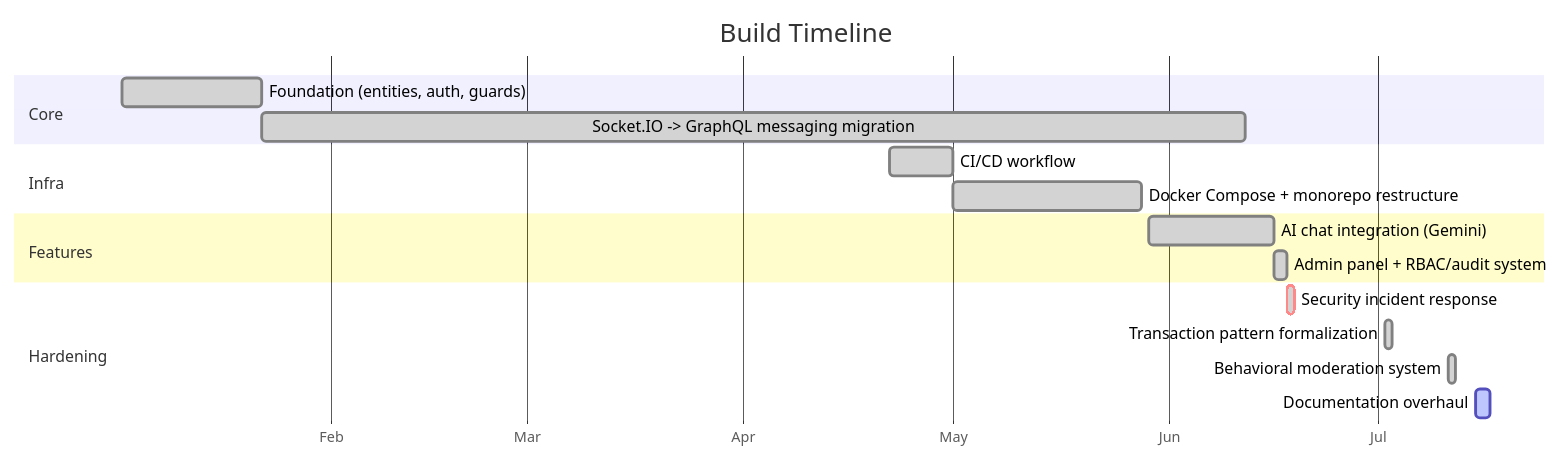
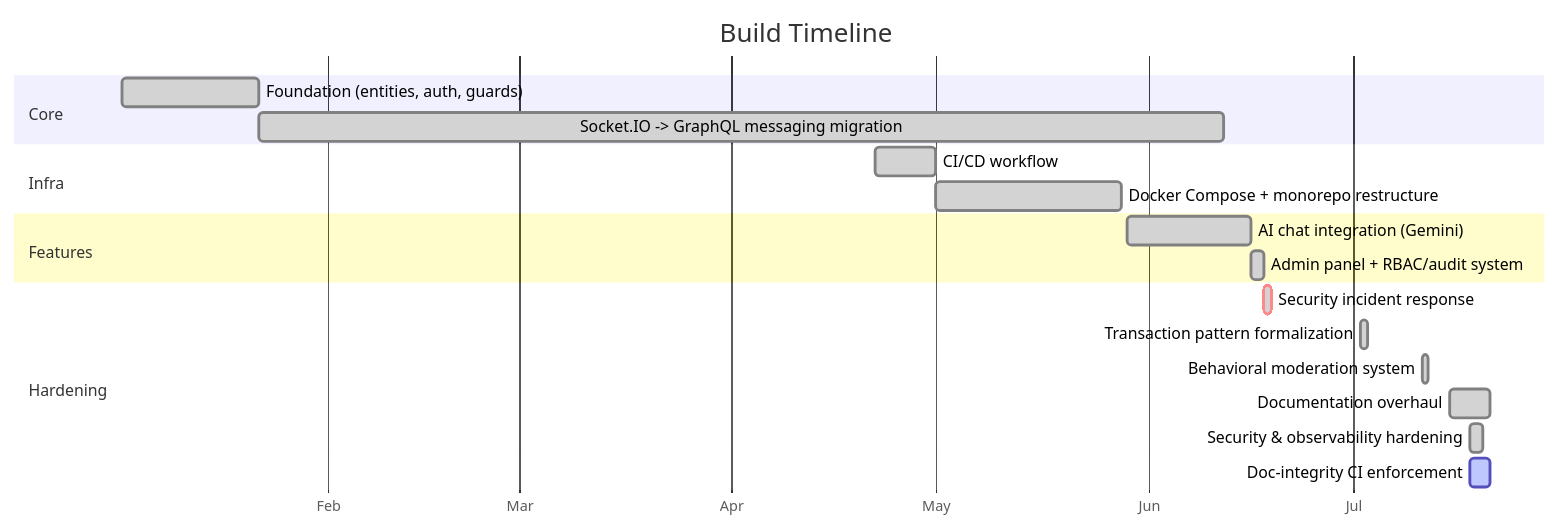
Before and after one commit to Bluecode77732/Chat-project: the diagram in ROADMAP.md, drawn with Mermaid. The commit also changed other lines of this file and 3 other files, not shown here.

First line of the commit message:
Docs: add 2 missing ROADMAP phases, correct Planned items already implemented

````diff
--- a/ROADMAP.md
+++ b/ROADMAP.md
@@ -10,20 +10,22 @@
 ```mermaid
 gantt
     title Build Timeline
     dateFormat YYYY-MM-DD
     axisFormat %b
     section Core
     Foundation (entities, auth, guards)         :done, 2026-01-02, 20d
     Socket.IO -> GraphQL messaging migration     :done, 2026-01-22, 141d
     section Infra
     CI/CD workflow                               :done, 2026-04-22, 9d
     Docker Compose + monorepo restructure        :done, 2026-05-01, 27d
     section Features
     AI chat integration (Gemini)                 :done, 2026-05-29, 18d
     Admin panel + RBAC/audit system               :done, 2026-06-16, 2d
     section Hardening
     Security incident response                   :crit, done, 2026-06-18, 1d
     Transaction pattern formalization             :done, 2026-07-02, 1d
     Behavioral moderation system                  :done, 2026-07-11, 1d
-    Documentation overhaul                        :active, 2026-07-15, 2d
+    Documentation overhaul                        :done, 2026-07-15, 6d
+    Security & observability hardening            :done, 2026-07-18, 2d
+    Doc-integrity CI enforcement                  :active, 2026-07-18, 3d
 ```
````
